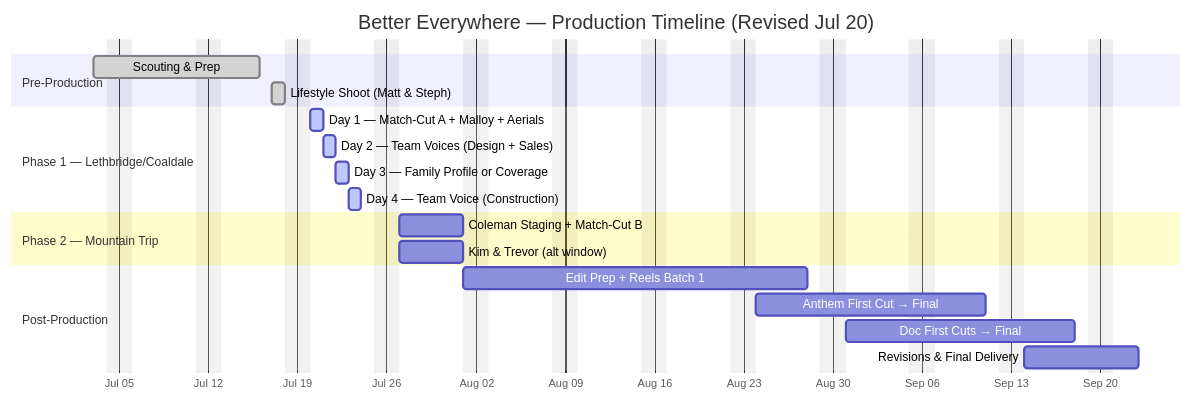
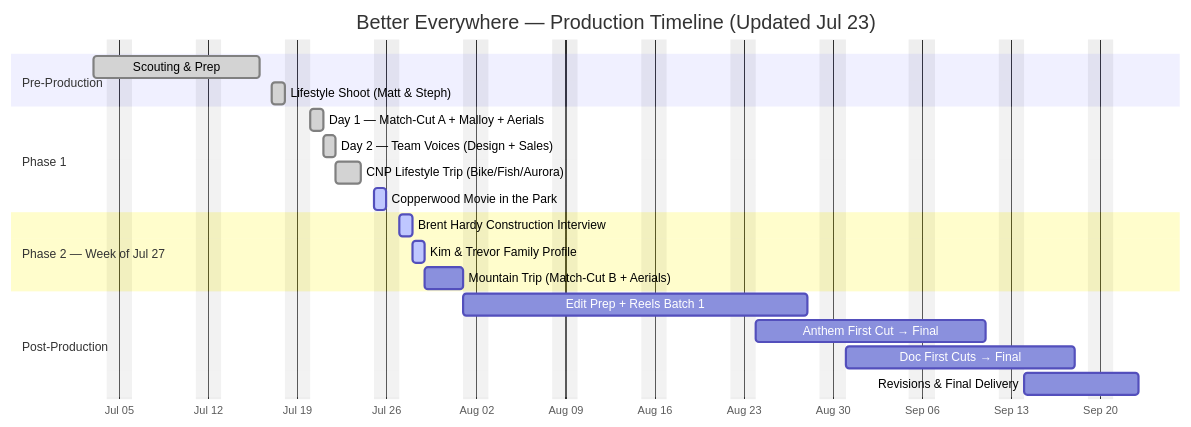
One commit to mwarf/coalbanks-portal changed the diagram in src/content/portal/stranville-living/production-plan.mdx. Above: the diagram before and after it, drawn with Mermaid. The commit also changed other lines of this file, not shown here.

Commit message:
Stranville: sync production-plan with current state (Brent Mon, family Tue, staging done, Miechkota filmed, movie event)

````diff
--- a/src/content/portal/stranville-living/production-plan.mdx
+++ b/src/content/portal/stranville-living/production-plan.mdx
@@ -64,28 +62,29 @@
 ```mermaid
 gantt
-title Better Everywhere — Production Timeline (Revised Jul 20)
+title Better Everywhere — Production Timeline (Updated Jul 23)
 dateFormat YYYY-MM-DD
 axisFormat %b %d
 tickInterval 1week
 excludes weekends
 
 section Pre-Production
 Scouting & Prep           :done, scout, 2026-07-03, 2026-07-16
 Lifestyle Shoot (Matt & Steph) :done, lifestyle, 2026-07-17, 1d
 
-section Phase 1 — Lethbridge/Coaldale
-Day 1 — Match-Cut A + Malloy + Aerials :active, day1, 2026-07-20, 1d
-Day 2 — Team Voices (Design + Sales)  :active, day2, 2026-07-21, 1d
-Day 3 — Family Profile or Coverage    :active, day3, 2026-07-22, 1d
-Day 4 — Team Voice (Construction)     :active, day4, 2026-07-23, 1d
+section Phase 1
+Day 1 — Match-Cut A + Malloy + Aerials :done, day1, 2026-07-20, 1d
+Day 2 — Team Voices (Design + Sales)  :done, day2, 2026-07-21, 1d
+CNP Lifestyle Trip (Bike/Fish/Aurora) :done, day3, 2026-07-22, 2d
+Copperwood Movie in the Park          :active, evt, 2026-07-25, 1d
 
-section Phase 2 — Mountain Trip
-Coleman Staging + Match-Cut B        :mtn, 2026-07-27, 5d
-Kim & Trevor (alt window)            :mtn, 2026-07-27, 5d
+section Phase 2 — Week of Jul 27
+Brent Hardy Construction Interview   :active, brent, 2026-07-27, 1d
+Kim & Trevor Family Profile          :active, family, 2026-07-28, 1d
+Mountain Trip (Match-Cut B + Aerials) :mtn, 2026-07-29, 3d
 
 section Post-Production
 Edit Prep + Reels Batch 1  :post1, 2026-08-01, 20d
 Anthem First Cut → Final   :post2, 2026-08-24, 14d
 Doc First Cuts → Final     :post3, 2026-08-31, 14d
 Revisions & Final Delivery :post4, 2026-09-14, 7d
 ```
````
